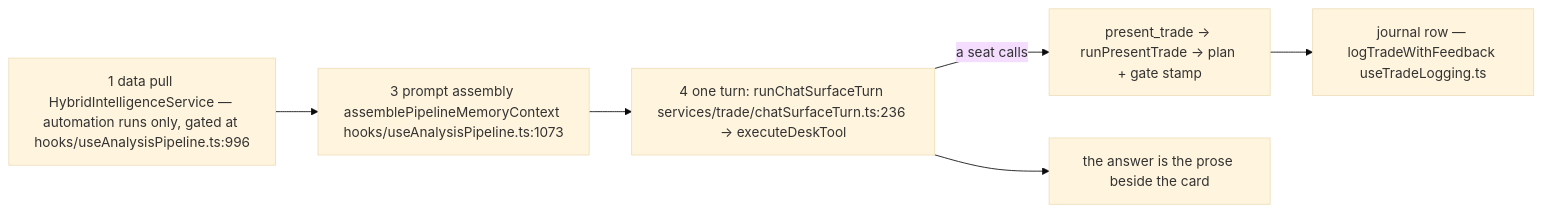
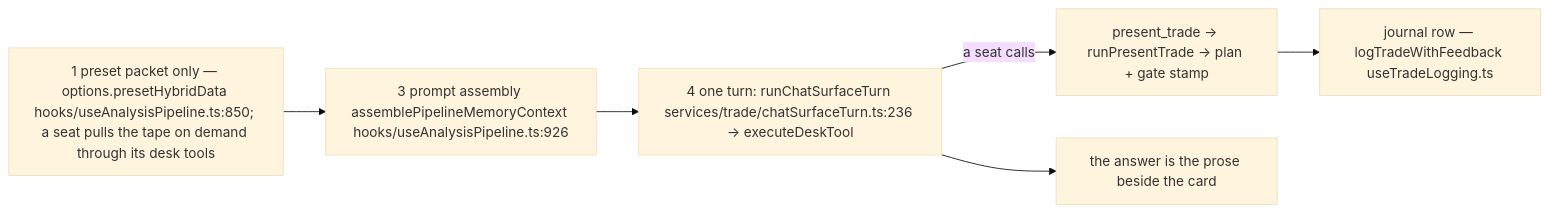
Before and after one commit to Acepay25/august-3.5: the third of 8 diagrams in docs/app-flow.md, drawn with Mermaid (base theme). The commit also changed other lines of this file and 1 other file, not shown here.

Commit message:
docs(flow): remove the automation narrative for the deleted feature

````diff
--- a/docs/app-flow.md
+++ b/docs/app-flow.md
@@ -254,8 +254,8 @@
 ```mermaid
 flowchart LR
-    S1["1 data pull HybridIntelligenceService — automation runs only, gated at hooks/useAnalysisPipeline.ts:996"] --> S3["3 prompt assembly assemblePipelineMemoryContext hooks/useAnalysisPipeline.ts:1073"]
+    S1["1 preset packet only — options.presetHybridData hooks/useAnalysisPipeline.ts:850; a seat pulls the tape on demand through its desk tools"] --> S3["3 prompt assembly assemblePipelineMemoryContext hooks/useAnalysisPipeline.ts:926"]
     S3 --> S4["4 one turn: runChatSurfaceTurn services/trade/chatSurfaceTurn.ts:236 → executeDeskTool"]
     S4 -->|a seat calls| PT["present_trade → runPresentTrade → plan + gate stamp"]
     PT --> JR["journal row — logTradeWithFeedback useTradeLogging.ts"]
     S4 --> ANS["the answer is the prose beside the card"]
 ```
````
